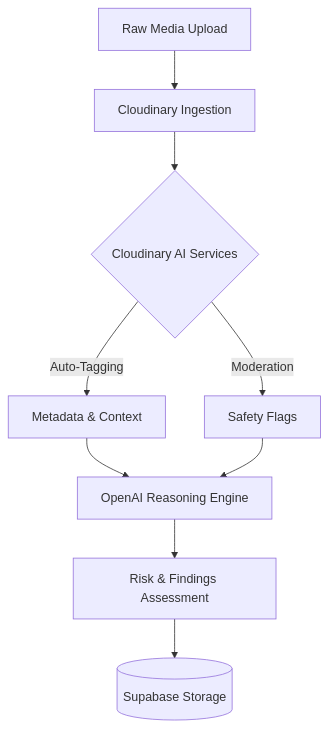
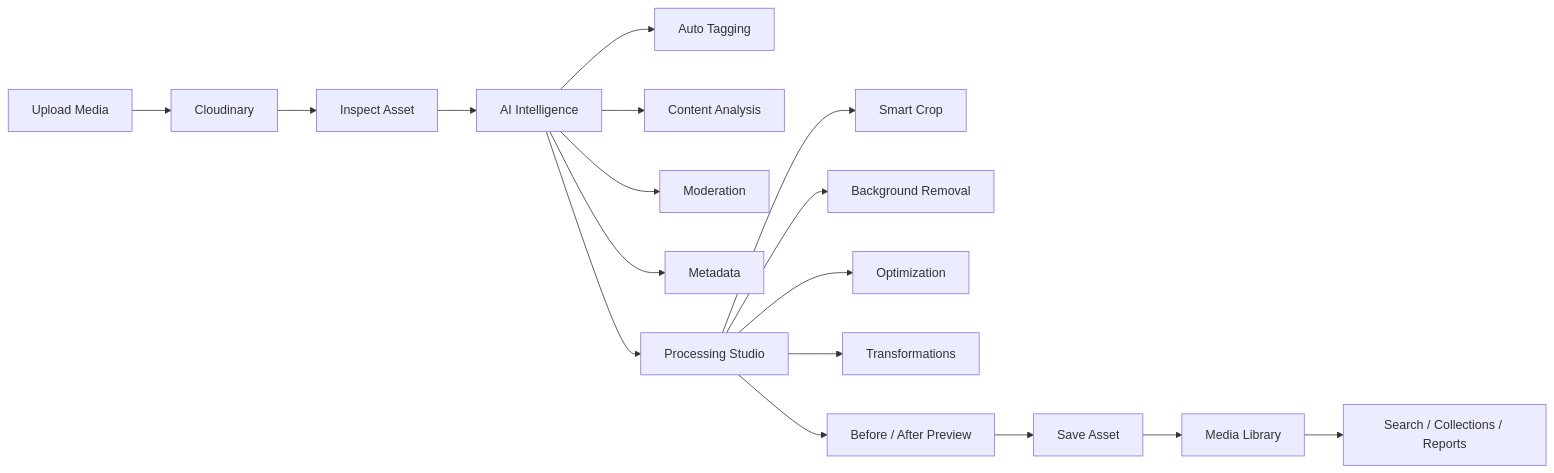
One commit to HackIndiaXYZ/pixels-to-products-cloudinary-ai-hackathon-2026-build-bros changed the first of 3 diagrams in README.md. Above: the diagram before and after it, drawn with Mermaid. The commit also changed other lines of this file and 2 other files, not shown here.

````diff
--- a/README.md
+++ b/README.md
@@ -47,11 +31,24 @@
 ```mermaid
-graph TD
-    A[Raw Media Upload] --> B[Cloudinary Ingestion]
-    B --> C{Cloudinary AI Services}
-    C -->|Auto-Tagging| D[Metadata & Context]
-    C -->|Moderation| E[Safety Flags]
-    D --> F[OpenAI Reasoning Engine]
-    E --> F
-    F --> G[Risk & Findings Assessment]
-    G --> H[(Supabase Storage)]
+flowchart LR
+    A[Upload Media] --> B[Cloudinary]
+    B --> C[Inspect Asset]
+
+    C --> D[AI Intelligence]
+
+    D --> D1[Auto Tagging]
+    D --> D2[Content Analysis]
+    D --> D3[Moderation]
+    D --> D4[Metadata]
+
+    D --> E[Processing Studio]
+
+    E --> E1[Smart Crop]
+    E --> E2[Background Removal]
+    E --> E3[Optimization]
+    E --> E4[Transformations]
+
+    E --> F[Before / After Preview]
+    F --> G[Save Asset]
+    G --> H[Media Library]
+    H --> I[Search / Collections / Reports]
 ```
````
